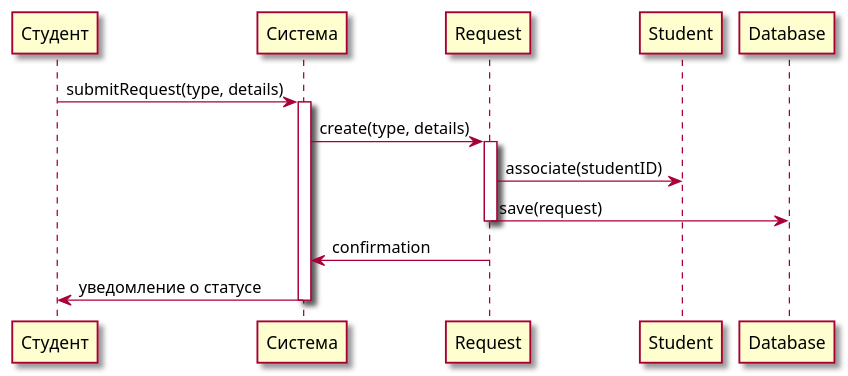
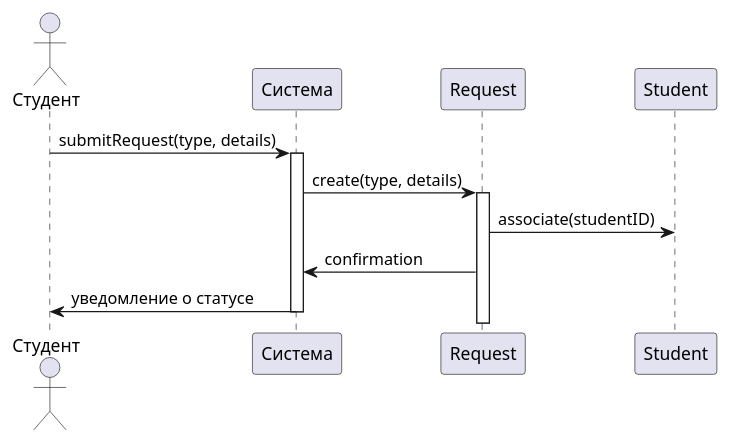
The diagram in Прецеденты/Обслуживание запросов студентов через систему деканата/Диаграмма последовательности.md (penamarth/bsbo-02-22_team4_var4), drawn with PlantUML before and after one commit.

Commit message:
Update Диаграмма последовательности.md

````diff
--- a/Прецеденты/Обслуживание запросов студентов через систему деканата/Диаграмма последовательности.md
+++ b/Прецеденты/Обслуживание запросов студентов через систему деканата/Диаграмма последовательности.md
@@ -1,20 +1,17 @@
 ```plantuml
 @startuml
 
-skin rose
-
+actor Студент
 
 Студент -> Система : submitRequest(type, details)
 activate Система
 Система -> Request : create(type, details)
 activate Request
 Request -> Student : associate(studentID)
-Request -> Database : save(request)
-deactivate Request
 
 Система <- Request : confirmation
 Студент <- Система : уведомление о статусе
 deactivate Система
 
 @enduml
 ```
````
